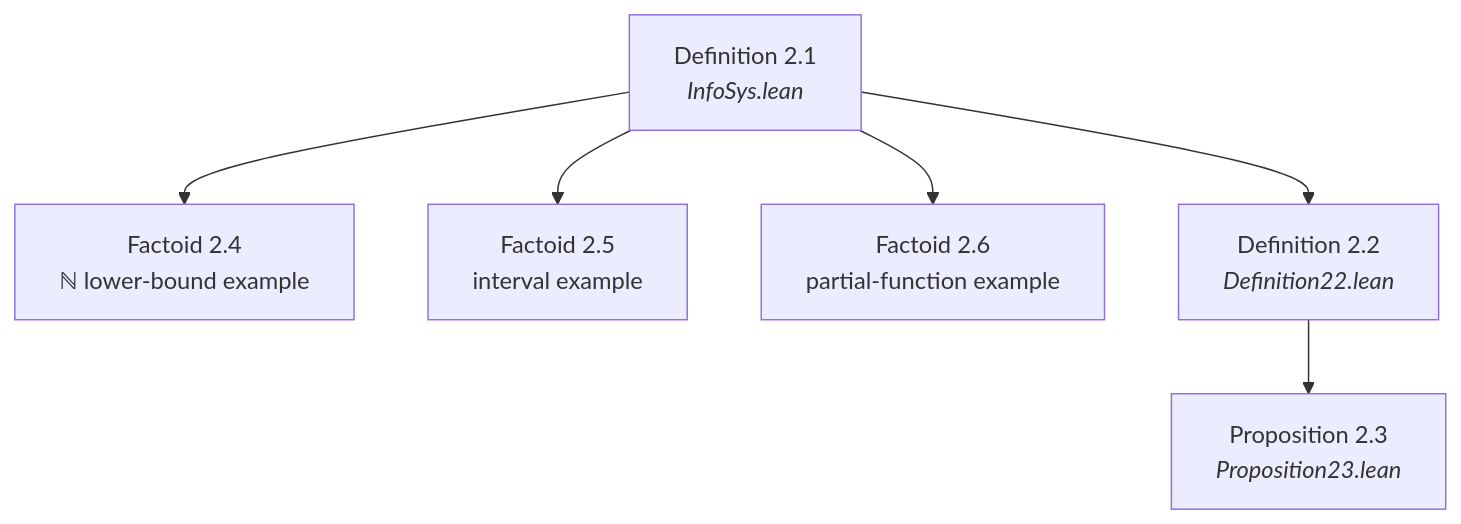
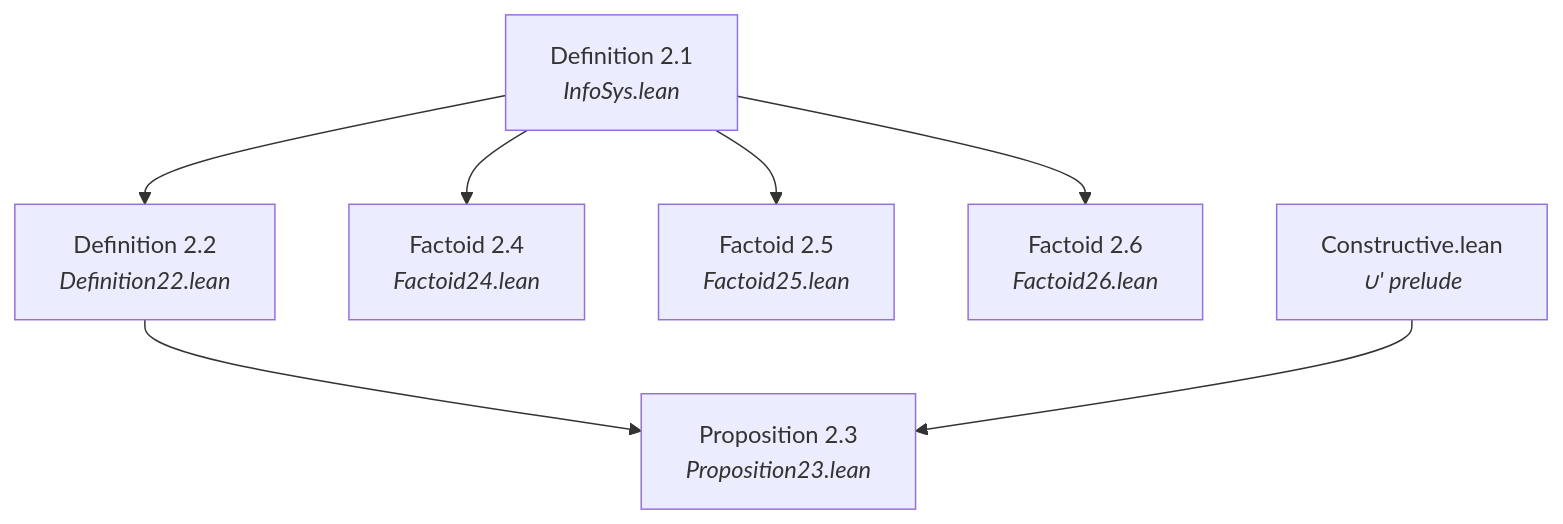
The fourth of 10 diagrams in arxiv.md (catskillsresearch/scott1982), drawn with Mermaid before and after one commit. The commit also changed other lines of this file and 7 other files, not shown here.

````diff
--- a/arxiv.md
+++ b/arxiv.md
@@ -159,13 +162,16 @@
 ```mermaid
 flowchart TD
+  C["Constructive.lean<br/><i>∪' prelude</i>"]
   D21["Definition 2.1<br/><i>InfoSys.lean</i>"]
-  ExA["Factoid 2.4<br/>ℕ lower-bound example"]
-  ExB["Factoid 2.5<br/>interval example"]
-  ExC["Factoid 2.6<br/>partial-function example"]
+  ExA["Factoid 2.4<br/><i>Factoid24.lean</i>"]
+  ExB["Factoid 2.5<br/><i>Factoid25.lean</i>"]
+  ExC["Factoid 2.6<br/><i>Factoid26.lean</i>"]
   D22["Definition 2.2<br/><i>Definition22.lean</i>"]
   P23["Proposition 2.3<br/><i>Proposition23.lean</i>"]
   D21 --> ExA
   D21 --> ExB
   D21 --> ExC
-  D21 --> D22 --> P23
+  D21 --> D22
+  D22 --> P23
+  C --> P23
 ```
````
